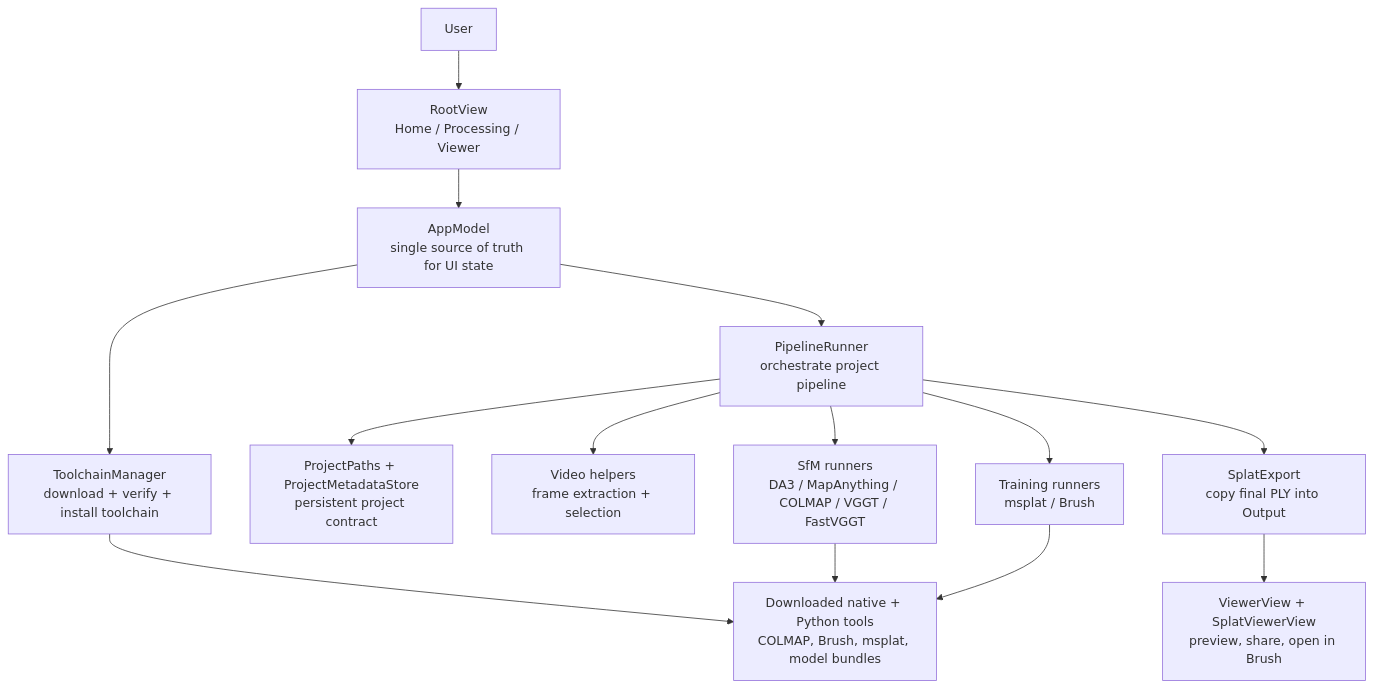
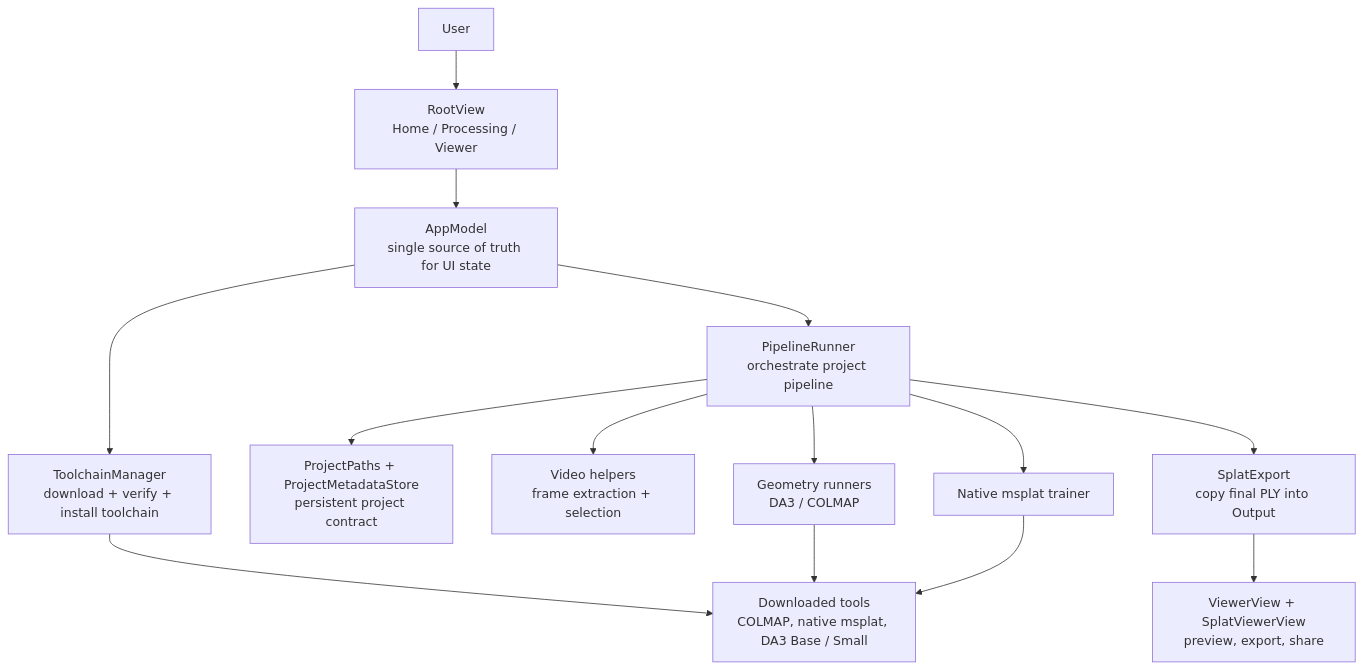
The first of 2 diagrams in ONBOARDING.md (dud8/EasySplat), drawn with Mermaid before and after one commit. The commit also changed other lines of this file and 183 other files, not shown here.

````diff
--- a/ONBOARDING.md
+++ b/ONBOARDING.md
@@ -159,19 +153,19 @@
 ```mermaid
 flowchart TD
     User["User"] --> Root["RootView<br/>Home / Processing / Viewer"]
     Root --> AppModel["AppModel<br/>single source of truth for UI state"]
 
     AppModel --> Toolchain["ToolchainManager<br/>download + verify + install toolchain"]
     AppModel --> Runner["PipelineRunner<br/>orchestrate project pipeline"]
 
     Runner --> Project["ProjectPaths + ProjectMetadataStore<br/>persistent project contract"]
     Runner --> Video["Video helpers<br/>frame extraction + selection"]
-    Runner --> SFM["SfM runners<br/>DA3 / MapAnything / COLMAP / VGGT / FastVGGT"]
-    Runner --> Train["Training runners<br/>msplat / Brush"]
+    Runner --> SFM["Geometry runners<br/>DA3 / COLMAP"]
+    Runner --> Train["Native msplat trainer"]
     Runner --> Export["SplatExport<br/>copy final PLY into Output"]
 
-    Export --> Viewer["ViewerView + SplatViewerView<br/>preview, share, open in Brush"]
-    Toolchain --> External["Downloaded native + Python tools<br/>COLMAP, Brush, msplat, model bundles"]
+    Export --> Viewer["ViewerView + SplatViewerView<br/>preview, export, share"]
+    Toolchain --> External["Downloaded tools<br/>COLMAP, native msplat, DA3 Base / Small"]
     SFM --> External
     Train --> External
 ```
````
